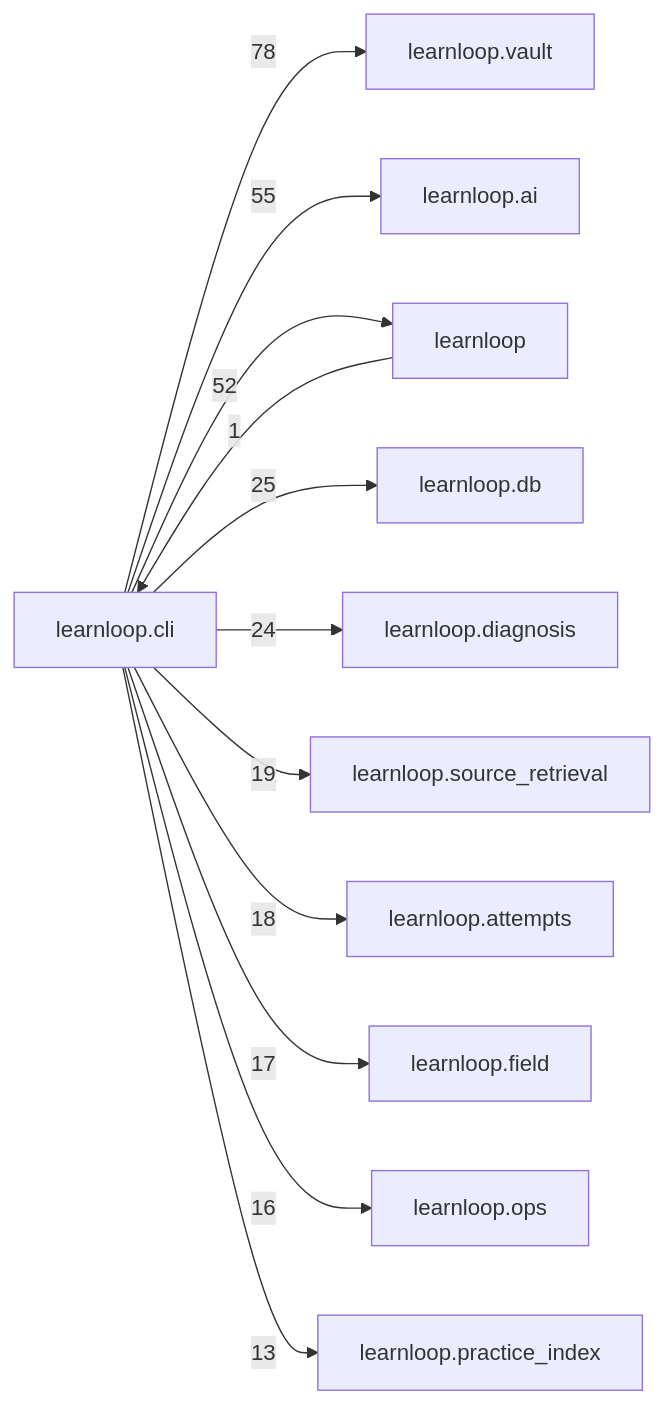
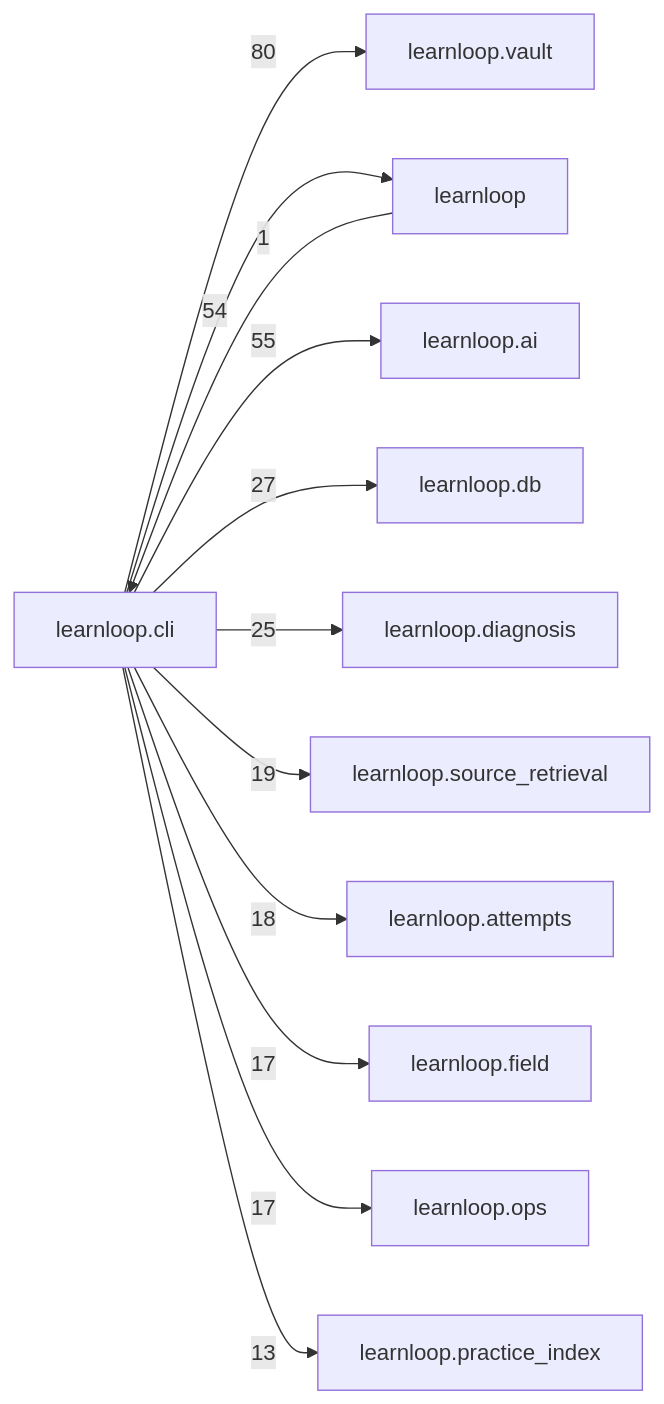
Before and after one commit to 6up-b/learnanything: the diagram in docs/learnloop-architecture-vault/Reference/Modules/learnloop/cli/_package.md, drawn with Mermaid. The commit also changed other lines of this file and 590 other files, not shown here.

Commit message:
Data capture landing: references regenerated at migration 240 (db reference 379 table notes, errors []; desktop 317 TS and 6 Rust notes; module catalog 1172 notes and 64 package maps, with learnloop.data_capture described; vault validation passes)

````diff
--- a/docs/learnloop-architecture-vault/Reference/Modules/learnloop/cli/_package.md
+++ b/docs/learnloop-architecture-vault/Reference/Modules/learnloop/cli/_package.md
@@ -225,25 +228,25 @@
 ```mermaid
 flowchart LR
     center["learnloop.cli"]
     n_learnloop_vault["learnloop.vault"]
+    n_learnloop["learnloop"]
     n_learnloop_ai["learnloop.ai"]
-    n_learnloop["learnloop"]
     n_learnloop_db["learnloop.db"]
     n_learnloop_diagnosis["learnloop.diagnosis"]
     n_learnloop_source_retrieval["learnloop.source_retrieval"]
     n_learnloop_attempts["learnloop.attempts"]
     n_learnloop_field["learnloop.field"]
     n_learnloop_ops["learnloop.ops"]
     n_learnloop_practice_index["learnloop.practice_index"]
-    center -->|78| n_learnloop_vault
+    center -->|80| n_learnloop_vault
+    n_learnloop -->|1| center
+    center -->|54| n_learnloop
     center -->|55| n_learnloop_ai
-    n_learnloop -->|1| center
-    center -->|52| n_learnloop
-    center -->|25| n_learnloop_db
-    center -->|24| n_learnloop_diagnosis
+    center -->|27| n_learnloop_db
+    center -->|25| n_learnloop_diagnosis
     center -->|19| n_learnloop_source_retrieval
     center -->|18| n_learnloop_attempts
     center -->|17| n_learnloop_field
-    center -->|16| n_learnloop_ops
+    center -->|17| n_learnloop_ops
     center -->|13| n_learnloop_practice_index
 ```
````
